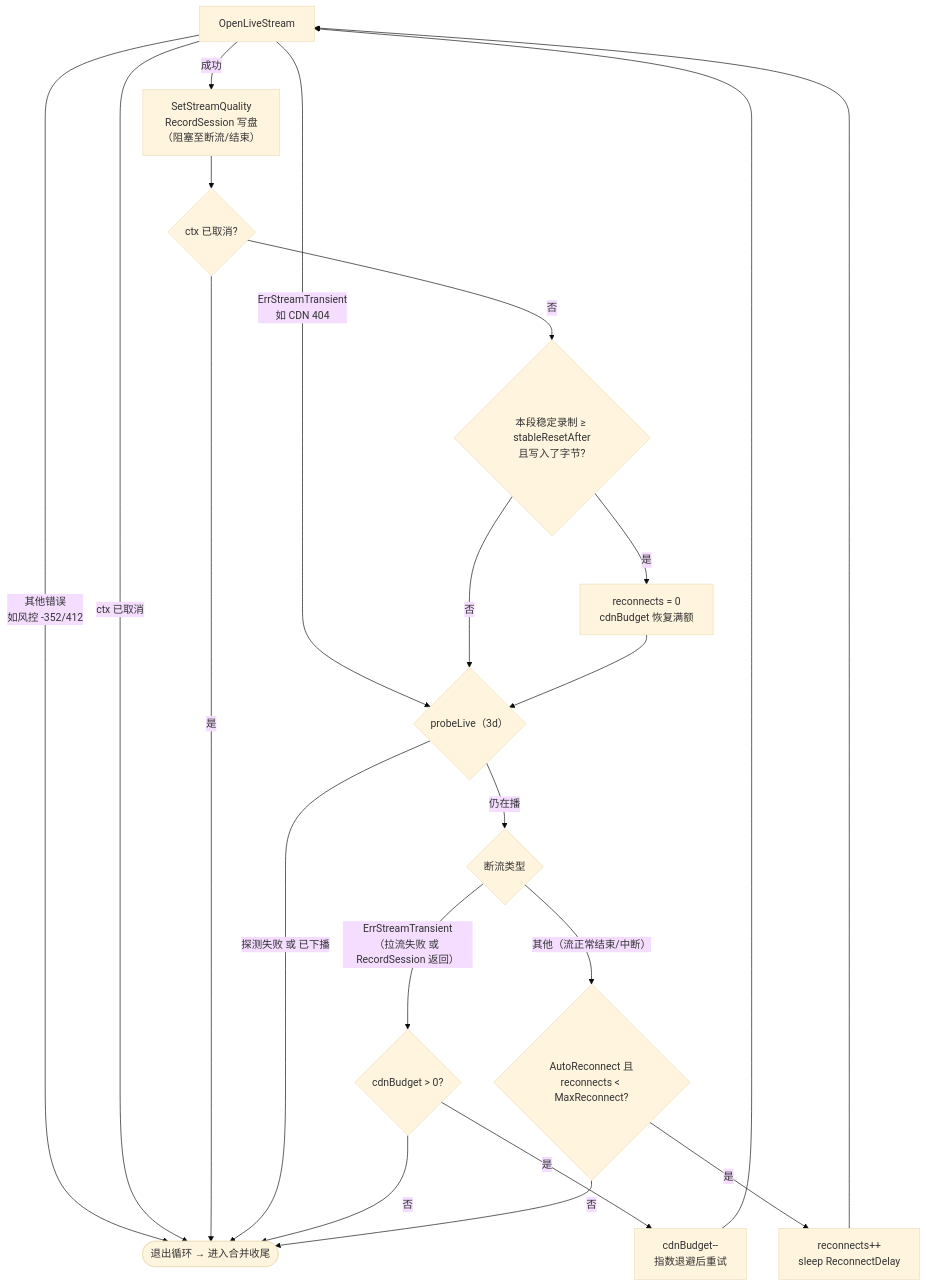
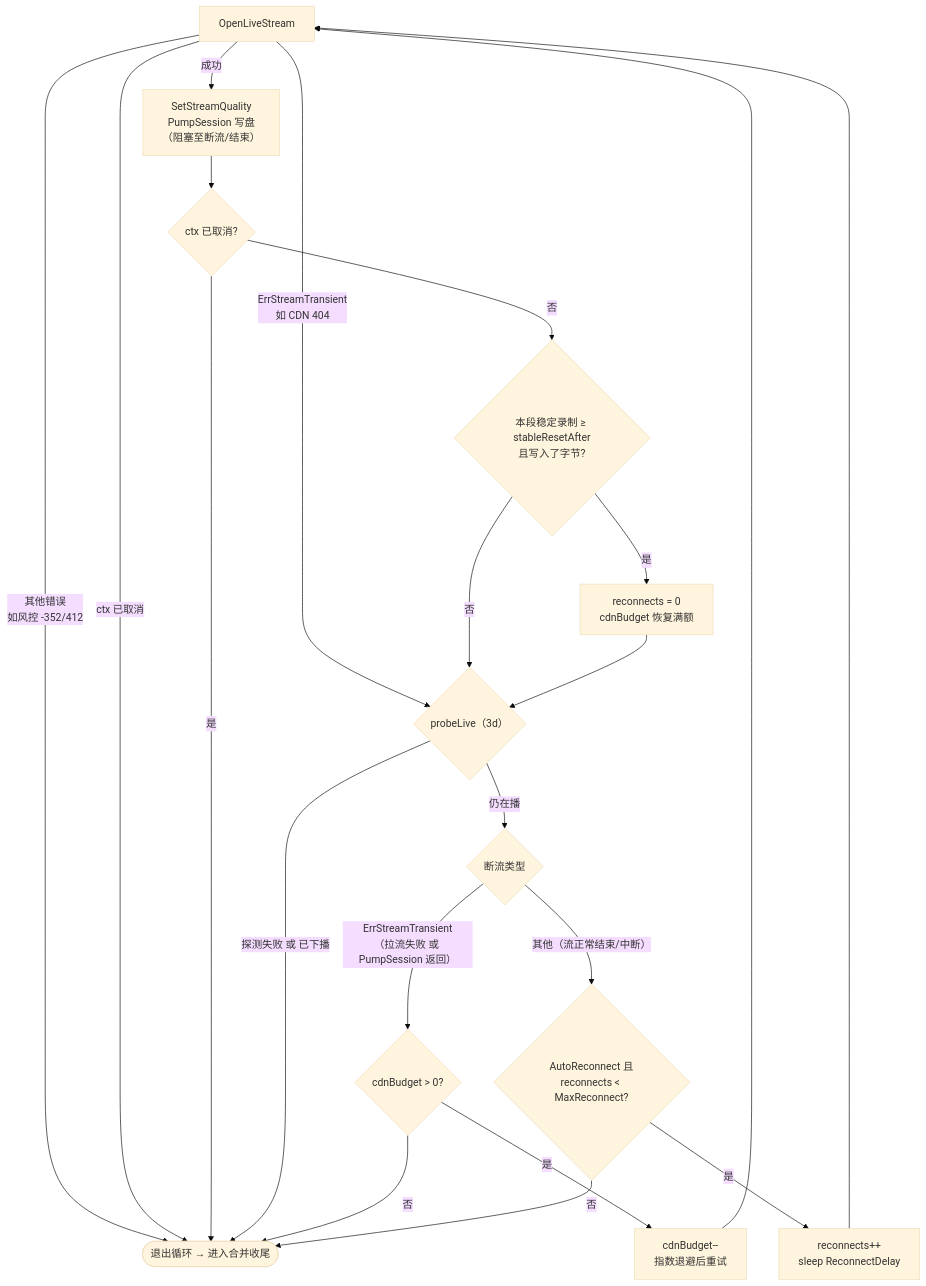
One commit to xgbt/suika changed diagram 11 of 12 in internal/biz/README.md. Above: the diagram before and after it, drawn with Mermaid (base theme). The commit also changed 10 other files, not shown here.

First line of the commit message:
refactor: rename RecordSession to PumpSession for clarity and consistency

````diff
--- a/internal/biz/README.md
+++ b/internal/biz/README.md
@@ -212,28 +212,28 @@
 ```mermaid
 flowchart TD
-    OPEN["OpenLiveStream"] -->|"成功"| REC["SetStreamQuality<br/>RecordSession 写盘<br/>（阻塞至断流/结束）"]
+    OPEN["OpenLiveStream"] -->|"成功"| REC["SetStreamQuality<br/>PumpSession 写盘<br/>（阻塞至断流/结束）"]
     OPEN -->|"ErrStreamTransient<br/>如 CDN 404"| PROBE
     OPEN -->|"其他错误<br/>如风控 -352/412"| STOP
     OPEN -->|"ctx 已取消"| STOP
 
     REC --> CTX{"ctx 已取消?"}
     CTX -->|是| STOP
     CTX -->|否| STABLE{"本段稳定录制 ≥ stableResetAfter<br/>且写入了字节?"}
     STABLE -->|是| RESET["reconnects = 0<br/>cdnBudget 恢复满额"]
     STABLE -->|否| PROBE
     RESET --> PROBE
 
     PROBE{"probeLive（3d）"} -->|"探测失败 或 已下播"| STOP
     PROBE -->|"仍在播"| KIND{"断流类型"}
 
-    KIND -->|"ErrStreamTransient<br/>（拉流失败 或 RecordSession 返回）"| CDN{"cdnBudget > 0?"}
+    KIND -->|"ErrStreamTransient<br/>（拉流失败 或 PumpSession 返回）"| CDN{"cdnBudget > 0?"}
     CDN -->|是| B1["cdnBudget--<br/>指数退避后重试"]
     CDN -->|否| STOP
     KIND -->|"其他（流正常结束/中断）"| AUTO{"AutoReconnect 且<br/>reconnects < MaxReconnect?"}
     AUTO -->|是| B2["reconnects++<br/>sleep ReconnectDelay"]
     AUTO -->|否| STOP
 
     B1 --> OPEN
     B2 --> OPEN
     STOP(["退出循环 → 进入合并收尾"])
 ```
````
